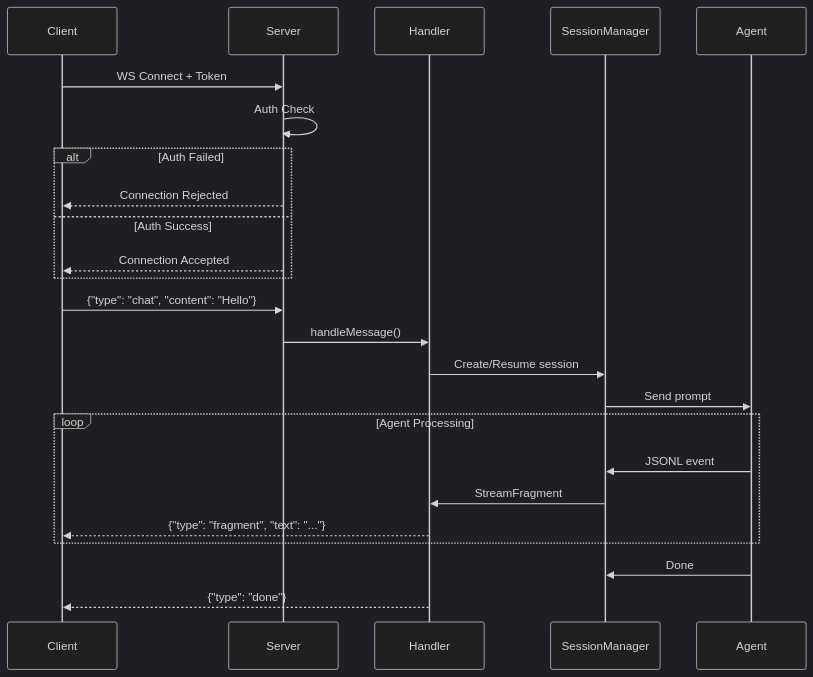
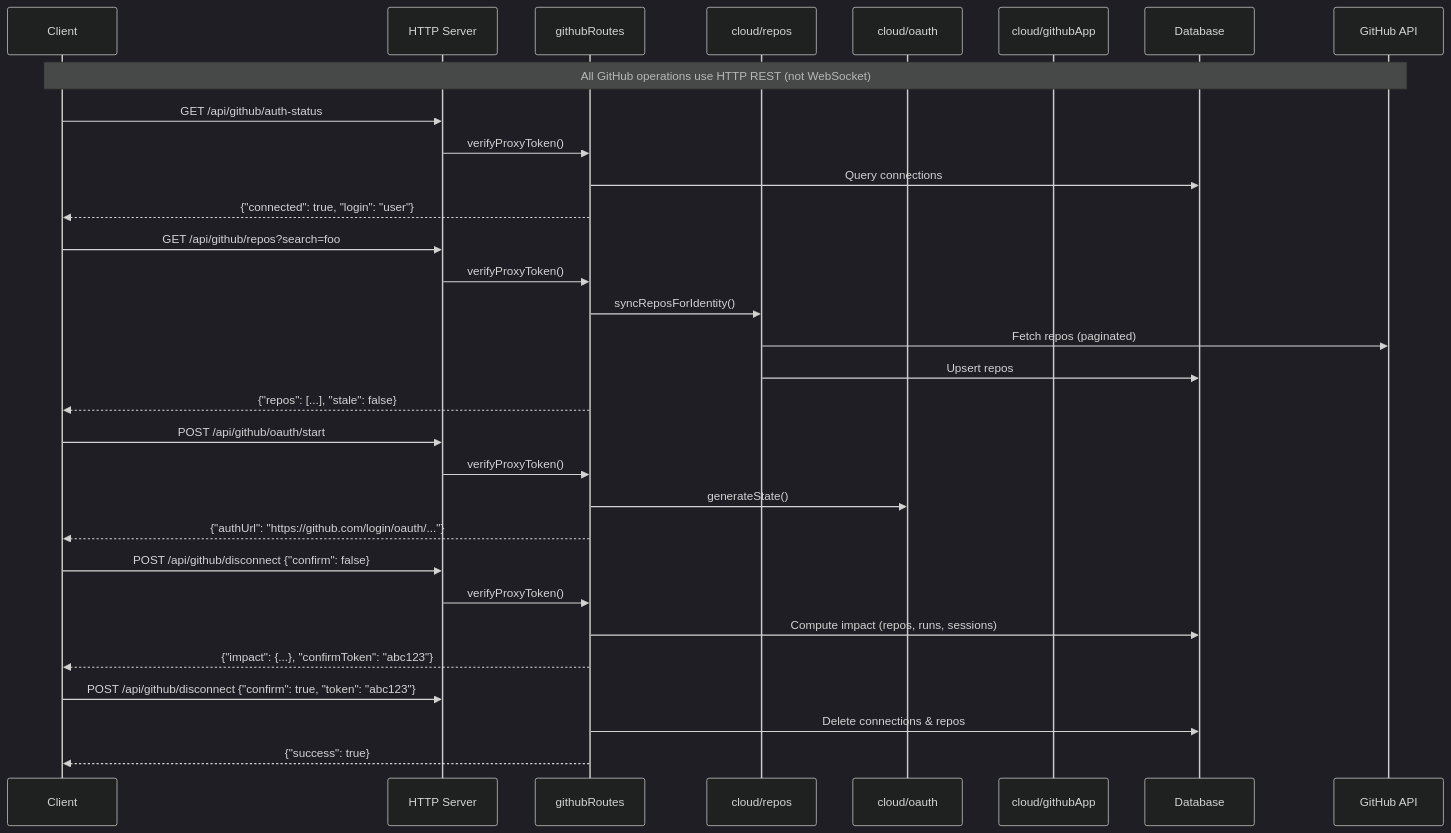
The fourth of 13 diagrams in docs/DATA_FLOW.md (MichaelC001/tintin), drawn with Mermaid (dark theme) before and after one commit. The commit also changed other lines of this file and 4 other files, not shown here.

First line of the commit message:
docs: update documentation to reflect WebSocket→HTTP REST migration

````diff
--- a/docs/DATA_FLOW.md
+++ b/docs/DATA_FLOW.md
@@ -116,31 +116,39 @@
 ```mermaid
 sequenceDiagram
     participant C as Client
-    participant S as Server
-    participant H as Handler
-    participant SM as SessionManager
-    participant A as Agent
+    participant HTTP as HTTP Server
+    participant GHR as githubRoutes
+    participant CR as cloud/repos
+    participant OA as cloud/oauth
+    participant GA as cloud/githubApp
+    participant DB as Database
+    participant GH as GitHub API
 
-    C->>S: WS Connect + Token
-    S->>S: Auth Check
+    Note over C, GH: All GitHub operations use HTTP REST (not WebSocket)
 
-    alt Auth Failed
-        S-->>C: Connection Rejected
-    else Auth Success
-        S-->>C: Connection Accepted
-    end
+    C->>HTTP: GET /api/github/auth-status
+    HTTP->>GHR: verifyProxyToken()
+    GHR->>DB: Query connections
+    GHR-->>C: {"connected": true, "login": "user"}
 
-    C->>S: {"type": "chat", "content": "Hello"}
-    S->>H: handleMessage()
-    H->>SM: Create/Resume session
-    SM->>A: Send prompt
+    C->>HTTP: GET /api/github/repos?search=foo
+    HTTP->>GHR: verifyProxyToken()
+    GHR->>CR: syncReposForIdentity()
+    CR->>GH: Fetch repos (paginated)
+    CR->>DB: Upsert repos
+    GHR-->>C: {"repos": [...], "stale": false}
 
-    loop Agent Processing
-        A->>SM: JSONL event
-        SM->>H: StreamFragment
-        H-->>C: {"type": "fragment", "text": "..."}
-    end
+    C->>HTTP: POST /api/github/oauth/start
+    HTTP->>GHR: verifyProxyToken()
+    GHR->>OA: generateState()
+    GHR-->>C: {"authUrl": "https://github.com/login/oauth/..."}
 
-    A->>SM: Done
-    H-->>C: {"type": "done"}
+    C->>HTTP: POST /api/github/disconnect {"confirm": false}
+    HTTP->>GHR: verifyProxyToken()
+    GHR->>DB: Compute impact (repos, runs, sessions)
+    GHR-->>C: {"impact": {...}, "confirmToken": "abc123"}
+
+    C->>HTTP: POST /api/github/disconnect {"confirm": true, "token": "abc123"}
+    GHR->>DB: Delete connections & repos
+    GHR-->>C: {"success": true}
 ```
````
